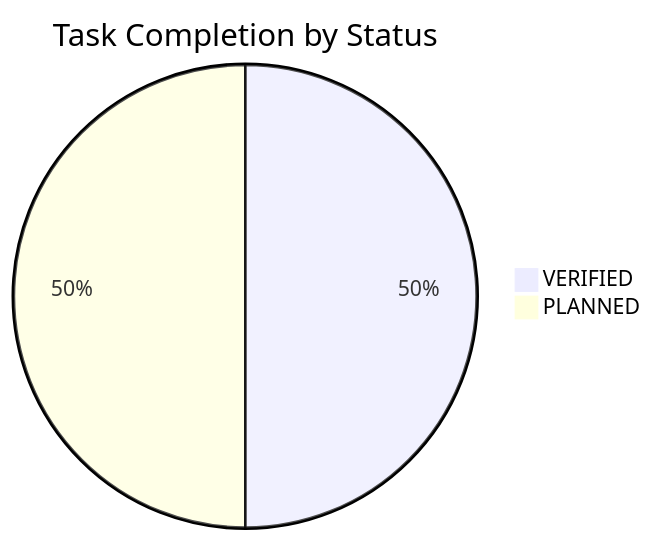
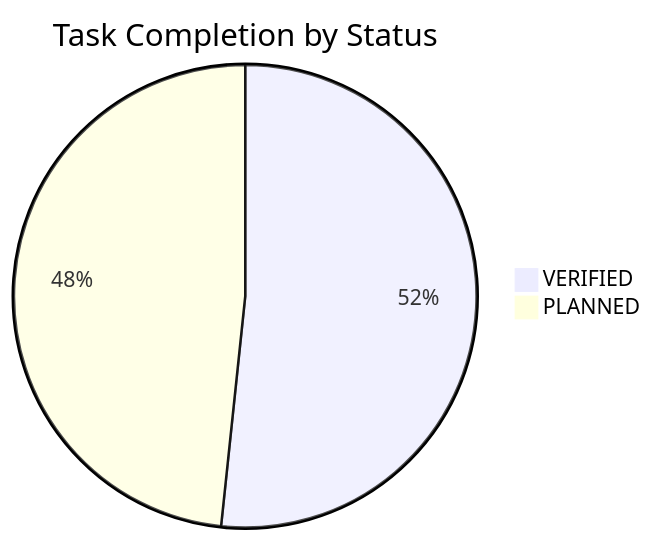
Before and after one commit to NguyenTriBaoThang/ClearWayAI: the diagram in docs/TASK_BOARD.md, drawn with Mermaid. The commit also changed other lines of this file and 11 other files, not shown here.

````diff
--- a/docs/TASK_BOARD.md
+++ b/docs/TASK_BOARD.md
@@ -16,5 +16,5 @@
 ```mermaid
 pie title Task Completion by Status
-    "VERIFIED" : 30
-    "PLANNED" : 30
+    "VERIFIED" : 31
+    "PLANNED" : 29
 ```
````
